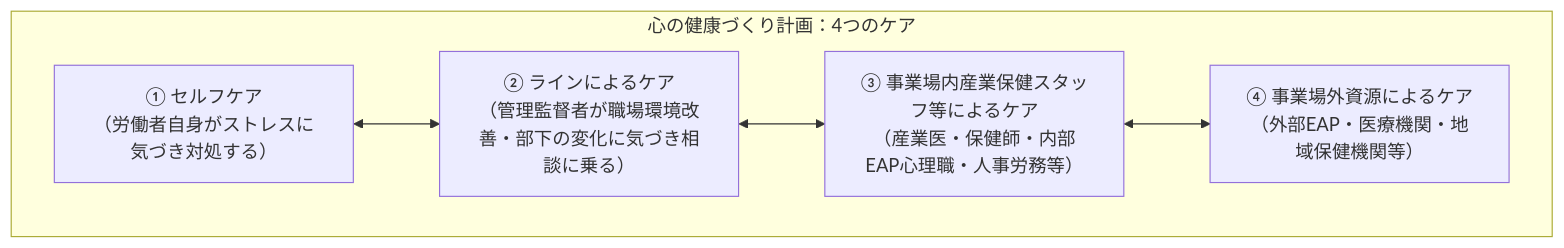
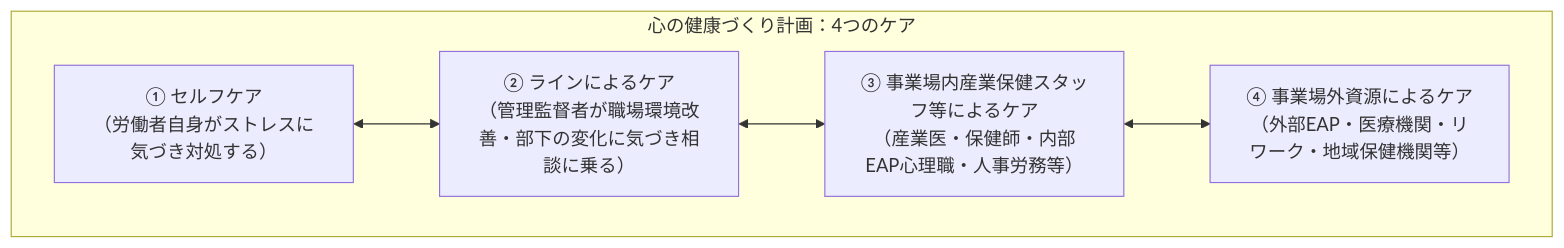
One commit to Cyril0430/M1_2_courseworks changed the first of 8 diagrams in special_lectures_on_industrial_psychology/industrial_psychology_summary.md. Above: the diagram before and after it, drawn with Mermaid. The commit also changed other lines of this file, not shown here.

````diff
--- a/special_lectures_on_industrial_psychology/industrial_psychology_summary.md
+++ b/special_lectures_on_industrial_psychology/industrial_psychology_summary.md
@@ -77,12 +84,12 @@
 ```mermaid
 flowchart TD
     subgraph 4つのケア["心の健康づくり計画：4つのケア"]
         C1["① セルフケア<br>（労働者自身がストレスに気づき対処する）"]
         C2["② ラインによるケア<br>（管理監督者が職場環境改善・部下の変化に気づき相談に乗る）"]
         C3["③ 事業場内産業保健スタッフ等によるケア<br>（産業医・保健師・内部EAP心理職・人事労務等）"]
-        C4["④ 事業場外資源によるケア<br>（外部EAP・医療機関・地域保健機関等）"]
+        C4["④ 事業場外資源によるケア<br>（外部EAP・医療機関・リワーク・地域保健機関等）"]
     end
     C1 <--> C2
     C2 <--> C3
     C3 <--> C4
 ```
````
